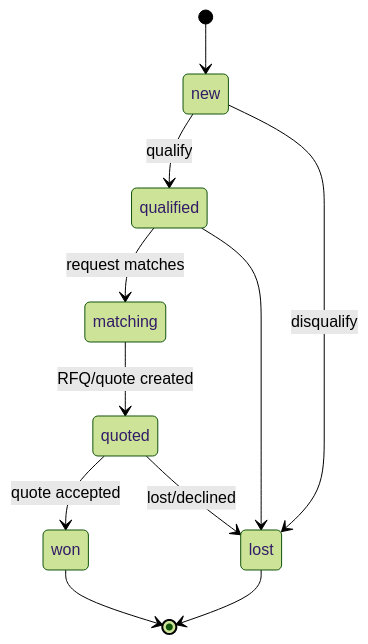
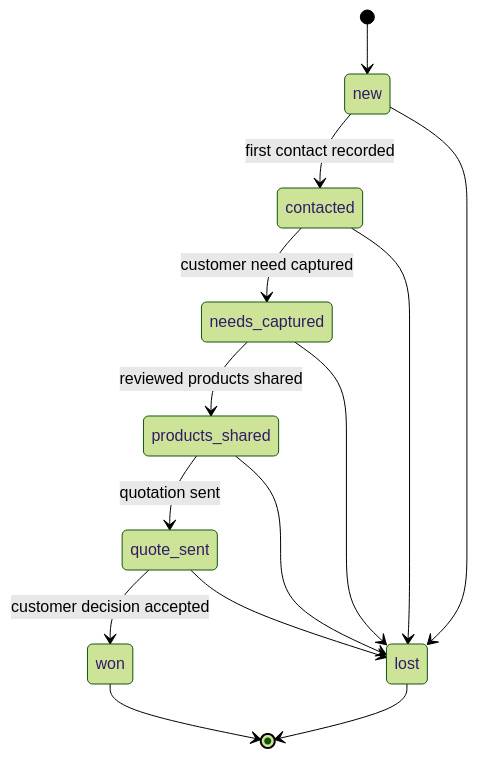
The fourth of 13 diagrams in docs/technical/11_state_machines.md (hmohamed080/aladdin), drawn with Mermaid (forest theme) before and after one commit. The commit also changed other lines of this file and 10 other files, not shown here.

````diff
--- a/docs/technical/11_state_machines.md
+++ b/docs/technical/11_state_machines.md
@@ -77,13 +77,16 @@
 ```mermaid
 stateDiagram-v2
   [*] --> new
-  new --> qualified: qualify
-  qualified --> matching: request matches
-  matching --> quoted: RFQ/quote created
-  quoted --> won: quote accepted
-  quoted --> lost: lost/declined
-  new --> lost: disqualify
-  qualified --> lost
+  new --> contacted: first contact recorded
+  contacted --> needs_captured: customer need captured
+  needs_captured --> products_shared: reviewed products shared
+  products_shared --> quote_sent: quotation sent
+  quote_sent --> won: customer decision accepted
+  new --> lost
+  contacted --> lost
+  needs_captured --> lost
+  products_shared --> lost
+  quote_sent --> lost
   won --> [*]
   lost --> [*]
 ```
````
